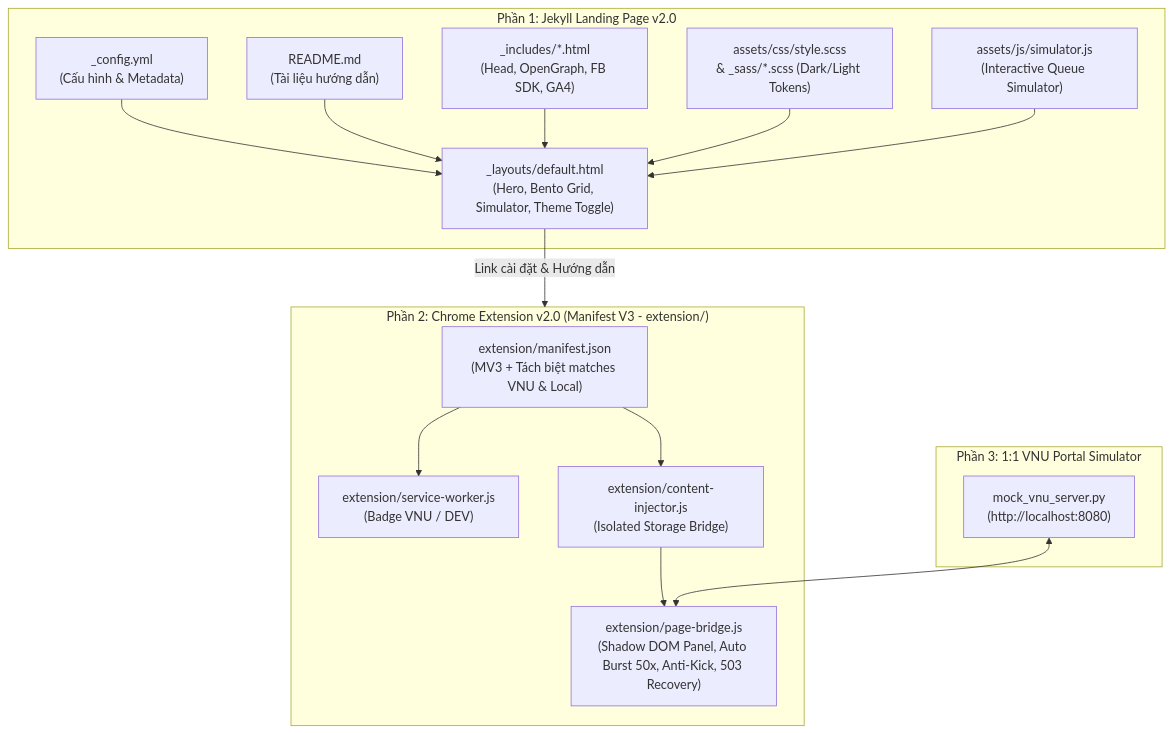
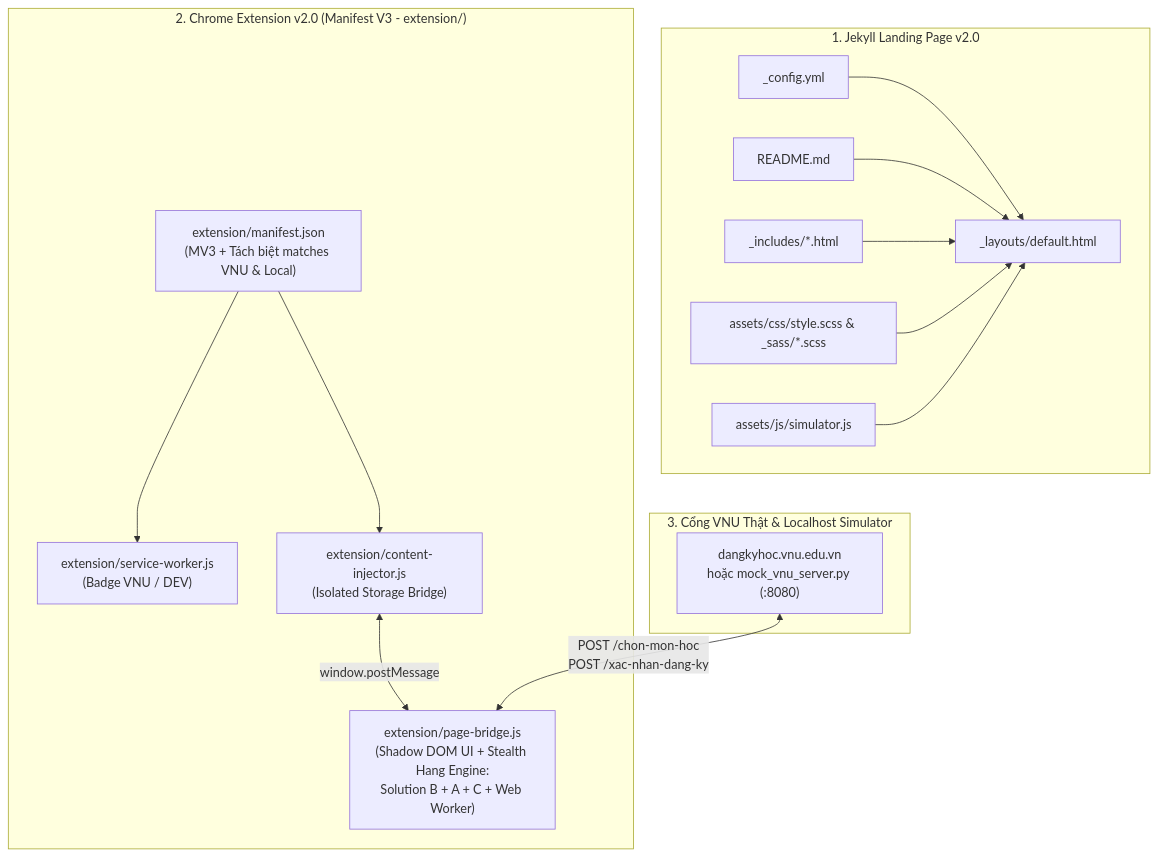
One commit to alfghahoound09/AutoDKMH changed the first of 2 diagrams in Agents.md. Above: the diagram before and after it, drawn with Mermaid. The commit also changed other lines of this file, not shown here.

Commit message:
docs(agents): update data structures and stealth hang engine workflow

````diff
--- a/Agents.md
+++ b/Agents.md
@@ -21,22 +12,20 @@
 ```mermaid
 flowchart TD
-    subgraph GitHub_Pages["Phần 1: Jekyll Landing Page v2.0"]
-        Config["_config.yml\n(Cấu hình & Metadata)"] --> Layout["_layouts/default.html\n(Hero, Bento Grid, Simulator, Theme Toggle)"]
-        Readme["README.md\n(Tài liệu hướng dẫn)"] --> Layout
-        Includes["_includes/*.html\n(Head, OpenGraph, FB SDK, GA4)"] --> Layout
-        Styles["assets/css/style.scss\n& _sass/*.scss (Dark/Light Tokens)"] --> Layout
-        SimJS["assets/js/simulator.js\n(Interactive Queue Simulator)"] --> Layout
+    subgraph GitHub_Pages["1. Jekyll Landing Page v2.0"]
+        Config["_config.yml"] --> Layout["_layouts/default.html"]
+        Readme["README.md"] --> Layout
+        Includes["_includes/*.html"] --> Layout
+        Styles["assets/css/style.scss & _sass/*.scss"] --> Layout
+        SimJS["assets/js/simulator.js"] --> Layout
     end
 
-    subgraph Extension_MV3["Phần 2: Chrome Extension v2.0 (Manifest V3 - extension/)"]
+    subgraph Extension_MV3["2. Chrome Extension v2.0 (Manifest V3 - extension/)"]
         ManifestV3["extension/manifest.json\n(MV3 + Tách biệt matches VNU & Local)"] --> SW["extension/service-worker.js\n(Badge VNU / DEV)"]
         ManifestV3 --> Injector["extension/content-injector.js\n(Isolated Storage Bridge)"]
-        Injector --> Bridge["extension/page-bridge.js\n(Shadow DOM Panel, Auto Burst 50x, Anti-Kick, 503 Recovery)"]
+        Injector <-->|window.postMessage| Bridge["extension/page-bridge.js\n(Shadow DOM UI + Stealth Hang Engine:\nSolution B + A + C + Web Worker)"]
     end
 
-    subgraph Local_Sim["Phần 3: 1:1 VNU Portal Simulator"]
-        MockSrv["mock_vnu_server.py\n(http://localhost:8080)"] <--> Bridge
+    subgraph VNU_Or_Mock["3. Cổng VNU Thật & Localhost Simulator"]
+        Portal["dangkyhoc.vnu.edu.vn\nhoặc mock_vnu_server.py (:8080)"] <-->|POST /chon-mon-hoc\nPOST /xac-nhan-dang-ky| Bridge
     end
-
-    Layout -->|Link cài đặt & Hướng dẫn| Extension_MV3
 ```
````
